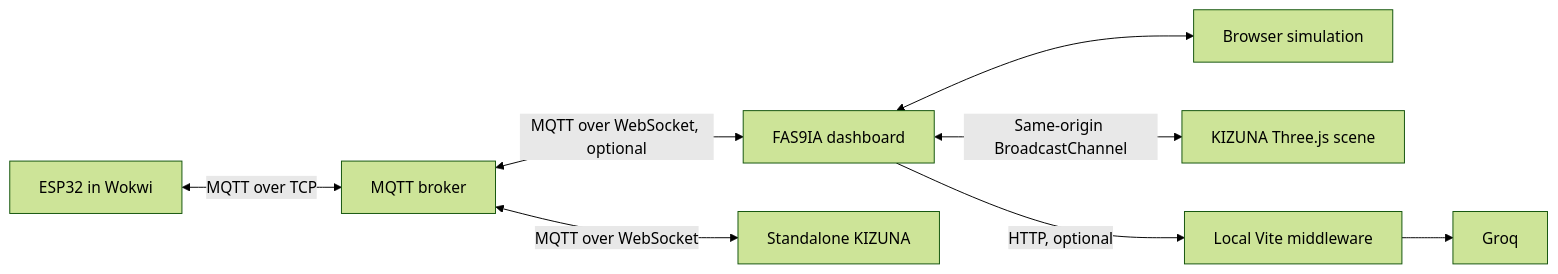
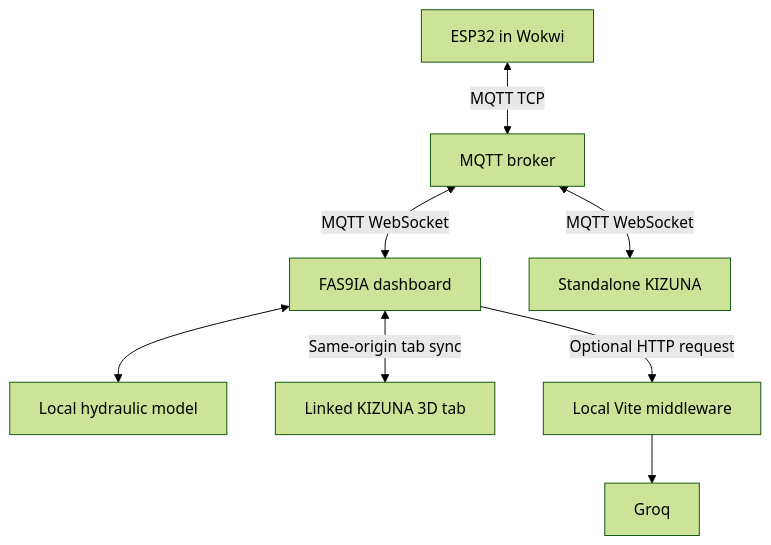
One commit to hamzafhaiel/MIZUNIA changed the diagram in README.md. Above: the diagram before and after it, drawn with Mermaid (forest theme). The commit also changed other lines of this file, not shown here.

````diff
--- a/README.md
+++ b/README.md
@@ -25,18 +63,19 @@
 ```mermaid
-flowchart LR
+flowchart TD
     UI["FAS9IA dashboard"]
-    LOCAL["Browser simulation"]
-    SCENE["KIZUNA Three.js scene"]
+    LOCAL["Local hydraulic model"]
+    VIEW["Linked KIZUNA 3D tab"]
     ESP["ESP32 in Wokwi"]
-    MQTT["MQTT broker"]
+    BROKER["MQTT broker"]
+    STANDALONE["Standalone KIZUNA"]
     VITE["Local Vite middleware"]
     GROQ["Groq"]
 
     UI <--> LOCAL
-    UI <-->|"Same-origin BroadcastChannel"| SCENE
-    ESP <-->|"MQTT over TCP"| MQTT
-    MQTT <-->|"MQTT over WebSocket, optional"| UI
-    MQTT <-->|"MQTT over WebSocket"| STANDALONE["Standalone KIZUNA"]
-    UI -->|"HTTP, optional"| VITE
+    UI <-->|"Same-origin tab sync"| VIEW
+    ESP <-->|"MQTT TCP"| BROKER
+    BROKER <-->|"MQTT WebSocket"| UI
+    BROKER <-->|"MQTT WebSocket"| STANDALONE
+    UI -->|"Optional HTTP request"| VITE
     VITE --> GROQ
 ```
````
